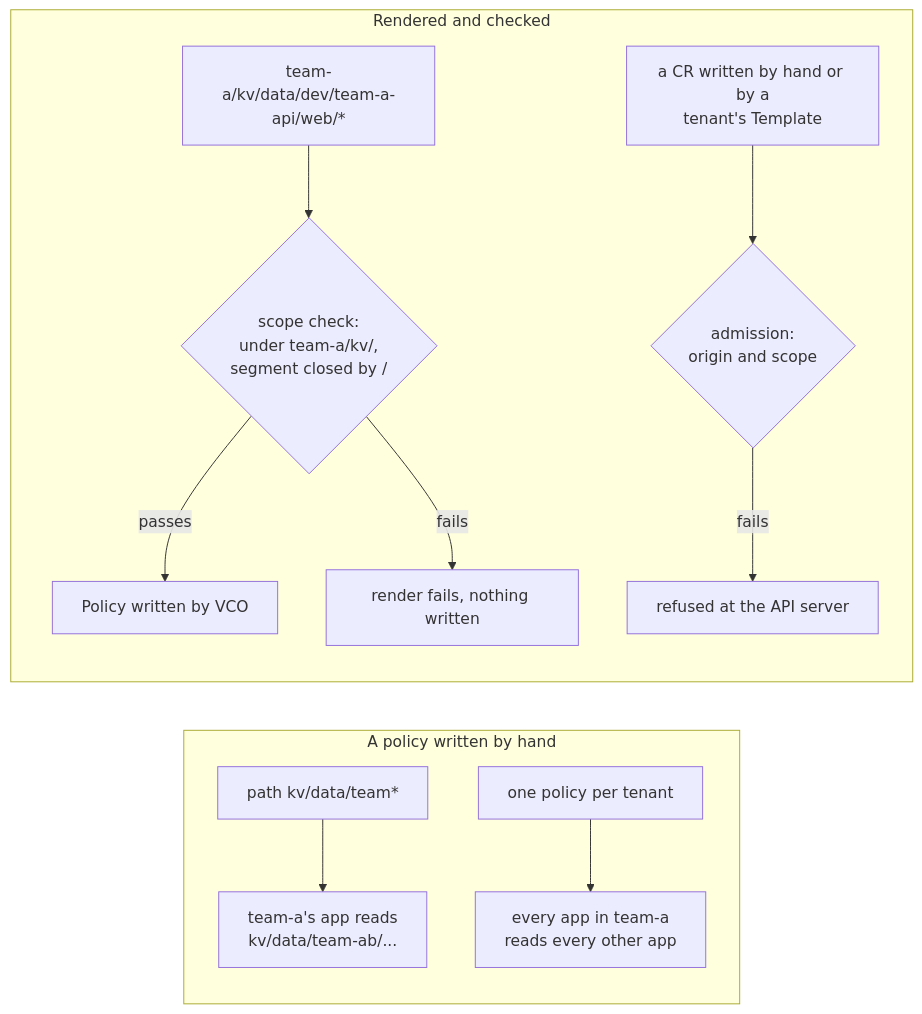
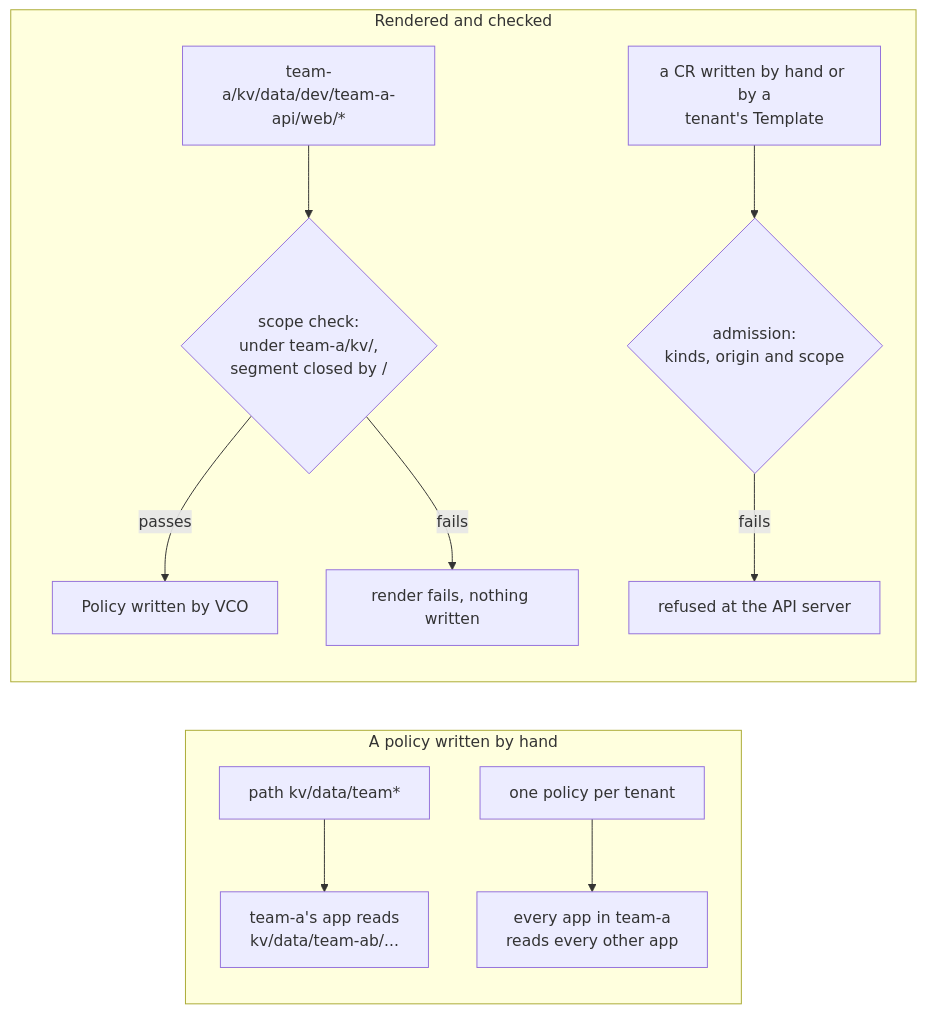
Before and after one commit to stakater/mto-extension-vault-community: the sixth of 6 diagrams in docs/diagrams.md, drawn with Mermaid. The commit also changed other lines of this file and 54 other files, not shown here.

First line of the commit message:
C.17, C.18, C.20: close the three reviews of the charts

````diff
--- a/docs/diagrams.md
+++ b/docs/diagrams.md
@@ -141,14 +141,14 @@
 ```mermaid
 flowchart LR
   subgraph Bad[A policy written by hand]
     W[path kv/data/team*] --> L1[team-a's app reads<br/>kv/data/team-ab/...]
     T[one policy per tenant] --> L2[every app in team-a<br/>reads every other app]
   end
   subgraph Good[Rendered and checked]
     R[team-a/kv/data/dev/team-a-api/web/*] --> C{scope check:<br/>under team-a/kv/,<br/>segment closed by /}
     C -->|passes| OK[Policy written by VCO]
     C -->|fails| X[render fails, nothing written]
-    H[a CR written by hand or by a<br/>tenant's Template] --> A{admission:<br/>origin and scope}
+    H[a CR written by hand or by a<br/>tenant's Template] --> A{admission:<br/>kinds, origin and scope}
     A -->|fails| X2[refused at the API server]
   end
 ```
````
